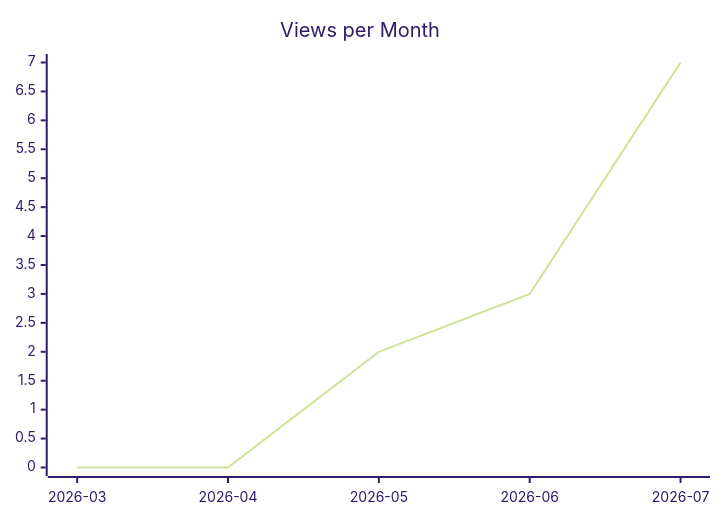
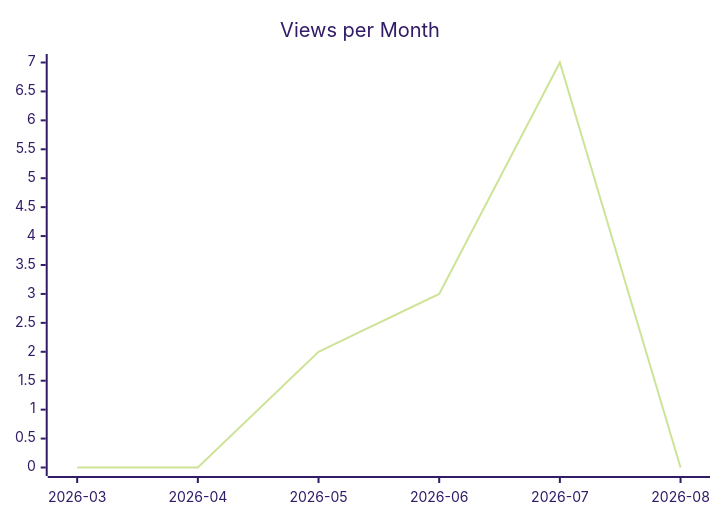
The second of 3 diagrams in karlmdavis/justdavis-karl/README.md (justdavis-family/github-analytics-data), drawn with Mermaid (forest theme) before and after one commit. The commit also changed other lines of this file and 180 other files, not shown here.

````diff
--- a/karlmdavis/justdavis-karl/README.md
+++ b/karlmdavis/justdavis-karl/README.md
@@ -12,6 +12,6 @@
 ```mermaid
 xychart-beta
   title "Views per Month"
-  x-axis ["2026-03", "2026-04", "2026-05", "2026-06", "2026-07"]
-  line [0, 0, 2, 3, 7]
+  x-axis ["2026-03", "2026-04", "2026-05", "2026-06", "2026-07", "2026-08"]
+  line [0, 0, 2, 3, 7, 0]
 ```
````
